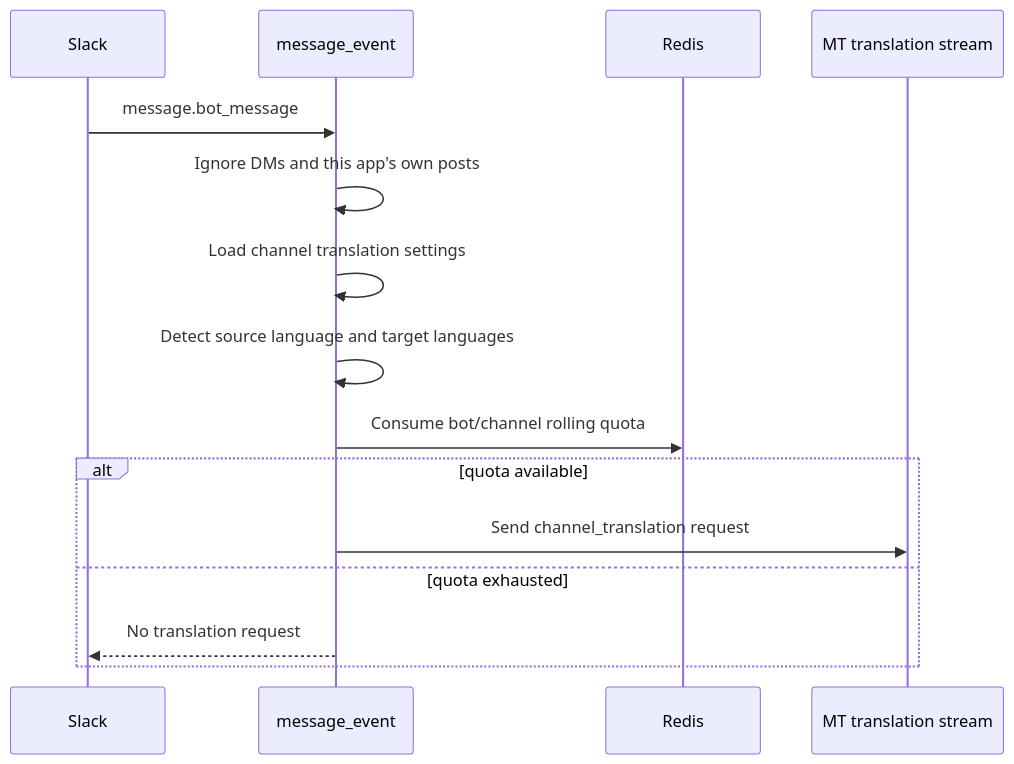
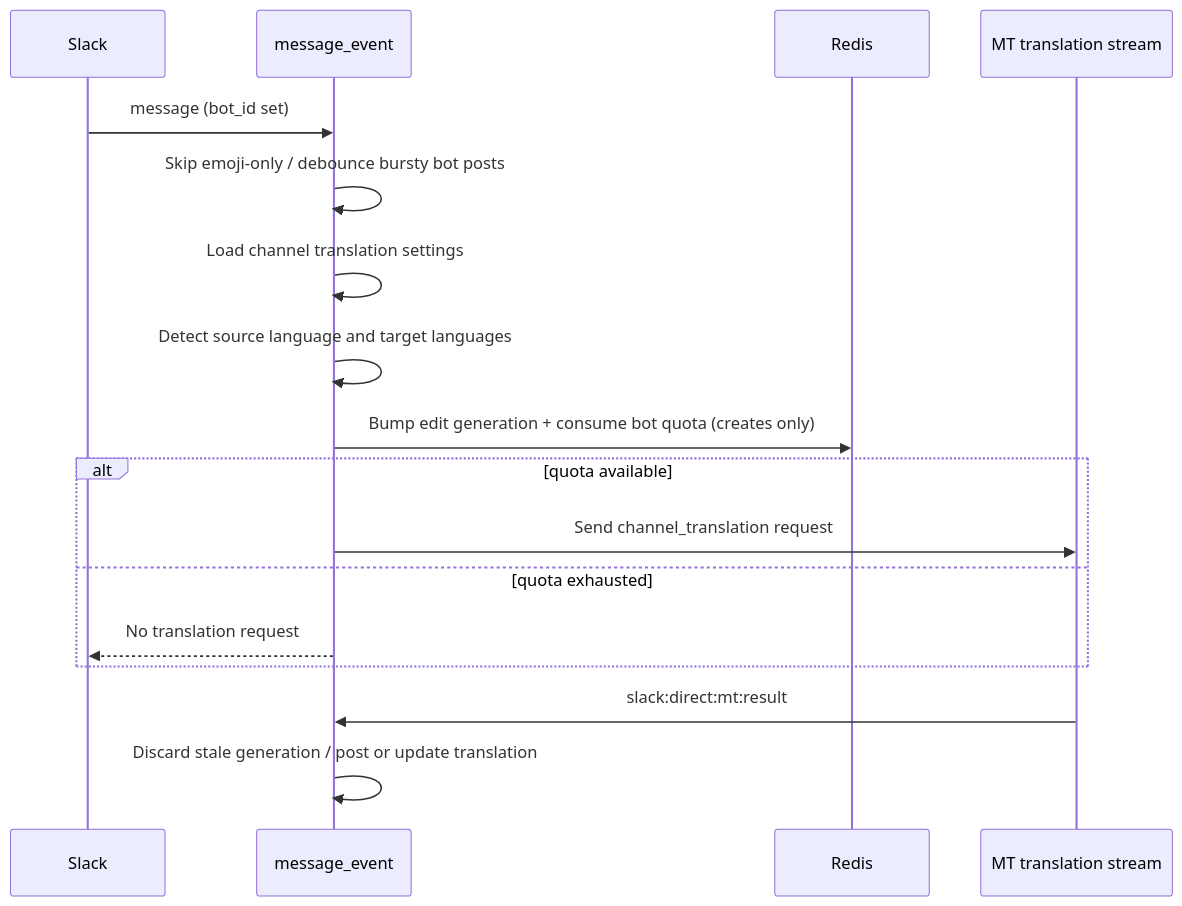
Before and after one commit to strakergroup/Nake-Agentic-Slack: the diagram in docs/bot-message-channel-translation.md, drawn with Mermaid. The commit also changed other lines of this file and 21 other files, not shown here.

First line of the commit message:
RAY-80512: fix bot placeholder translation race

````diff
--- a/docs/bot-message-channel-translation.md
+++ b/docs/bot-message-channel-translation.md
@@ -7,18 +7,20 @@
 ```mermaid
 sequenceDiagram
     participant Slack
     participant Listener as message_event
     participant Redis
     participant MT as MT translation stream
 
-    Slack->>Listener: message.bot_message
-    Listener->>Listener: Ignore DMs and this app's own posts
+    Slack->>Listener: message (bot_id set)
+    Listener->>Listener: Skip emoji-only / debounce bursty bot posts
     Listener->>Listener: Load channel translation settings
     Listener->>Listener: Detect source language and target languages
-    Listener->>Redis: Consume bot/channel rolling quota
+    Listener->>Redis: Bump edit generation + consume bot quota (creates only)
     alt quota available
         Listener->>MT: Send channel_translation request
     else quota exhausted
         Listener-->>Slack: No translation request
     end
+    MT->>Listener: slack:direct:mt:result
+    Listener->>Listener: Discard stale generation / post or update translation
 ```
````
